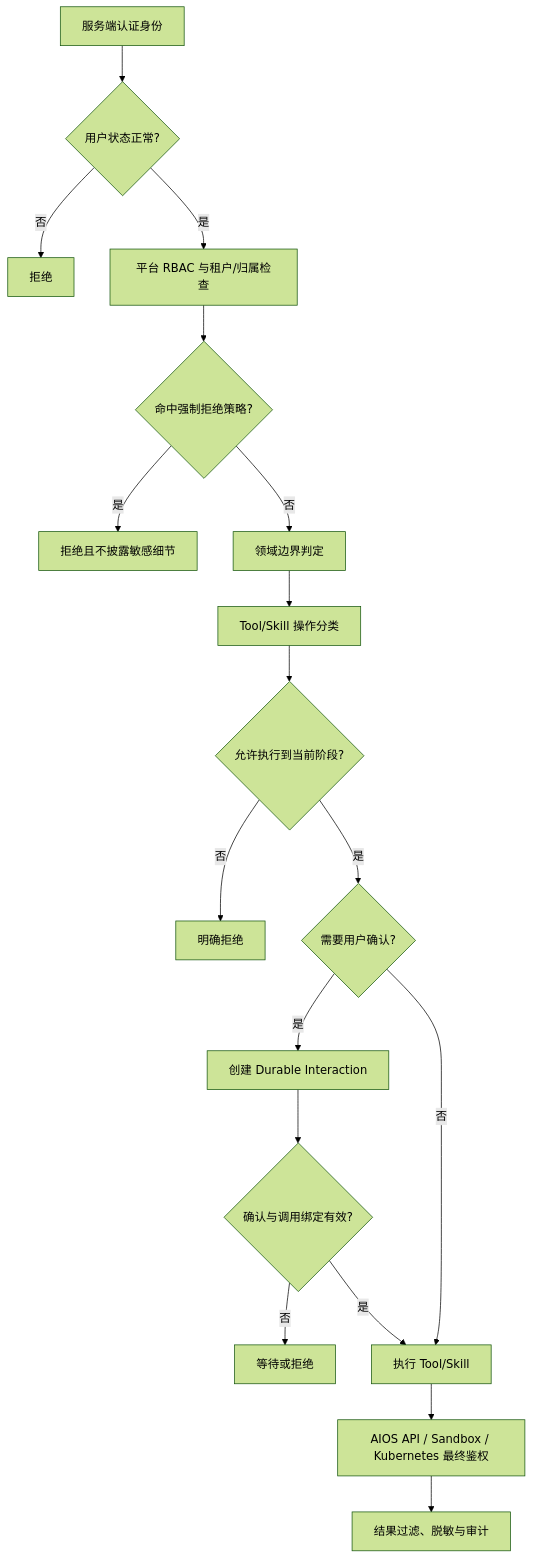
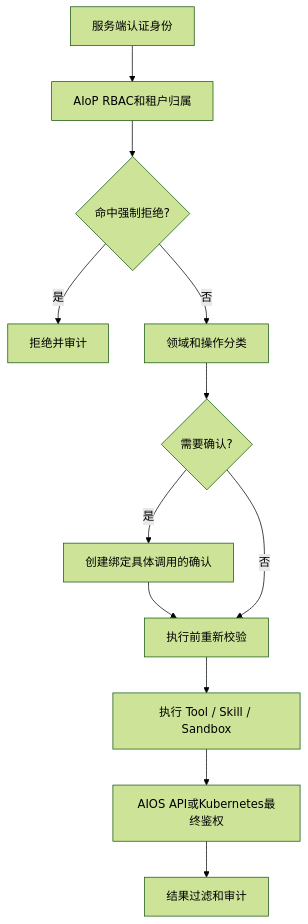
One commit to Wpxknight/agentdemo changed the first of 2 diagrams in docs/design/15-aiop-access-control.md. Above: the diagram before and after it, drawn with Mermaid (forest theme). The commit also changed other lines of this file and 1 other file, not shown here.

````diff
--- a/docs/design/15-aiop-access-control.md
+++ b/docs/design/15-aiop-access-control.md
@@ -90,20 +77,14 @@
 ```mermaid
 flowchart TD
-  A[服务端认证身份] --> B{用户状态正常?}
-  B -->|否| R1[拒绝]
-  B -->|是| C[平台 RBAC 与租户/归属检查]
-  C --> D{命中强制拒绝策略?}
-  D -->|是| R2[拒绝且不披露敏感细节]
-  D -->|否| E[领域边界判定]
-  E --> F[Tool/Skill 操作分类]
-  F --> G{允许执行到当前阶段?}
-  G -->|否| R3[明确拒绝]
-  G -->|是| H{需要用户确认?}
-  H -->|是| I[创建 Durable Interaction]
-  I --> J{确认与调用绑定有效?}
-  J -->|否| R4[等待或拒绝]
-  J -->|是| K[执行 Tool/Skill]
-  H -->|否| K
-  K --> L[AIOS API / Sandbox / Kubernetes 最终鉴权]
-  L --> M[结果过滤、脱敏与审计]
+  A["服务端认证身份"] --> B["AIoP RBAC和租户归属"]
+  B --> C{"命中强制拒绝?"}
+  C -->|"是"| R["拒绝并审计"]
+  C -->|"否"| D["领域和操作分类"]
+  D --> E{"需要确认?"}
+  E -->|"是"| F["创建绑定具体调用的确认"]
+  F --> G["执行前重新校验"]
+  E -->|"否"| G
+  G --> H["执行 Tool / Skill / Sandbox"]
+  H --> I["AIOS API或Kubernetes最终鉴权"]
+  I --> J["结果过滤和审计"]
 ```
````
